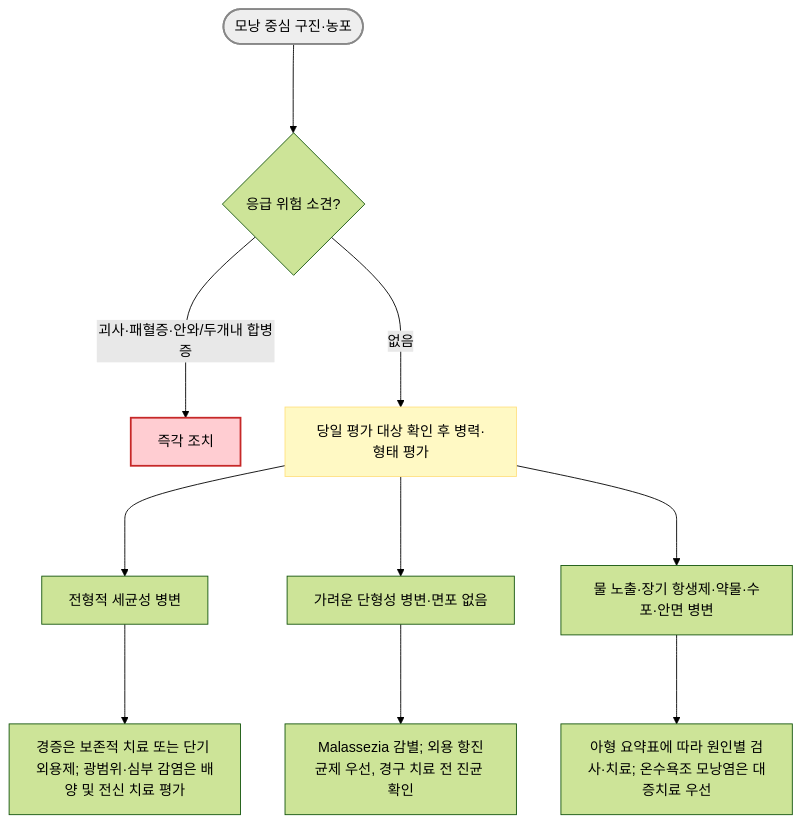
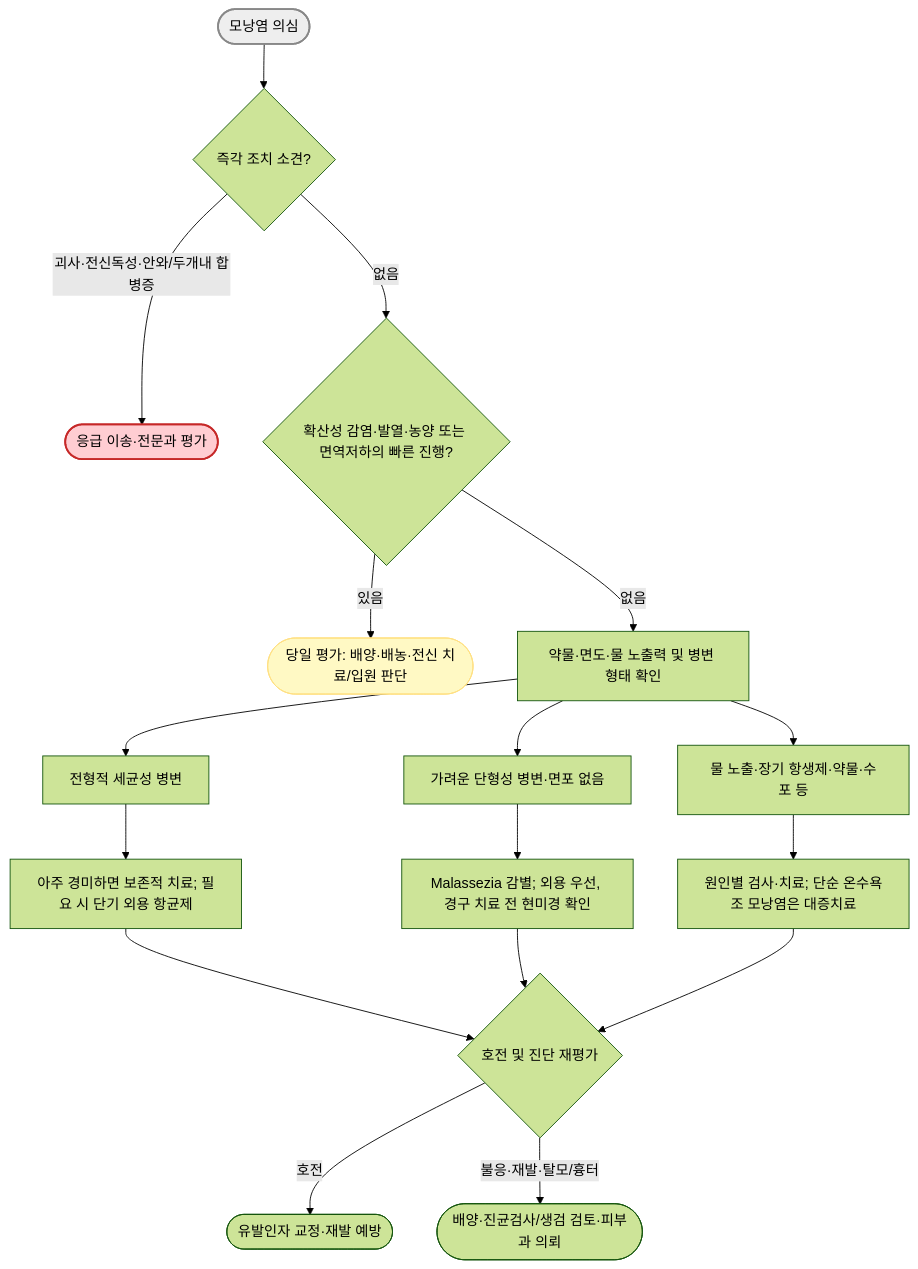
Before and after one commit to familyoh77/familyoh77: the diagram in 229_/167_-folliculitis.md, drawn with Mermaid (forest theme). The commit also changed other lines of this file and 20 other files, not shown here.

````diff
--- a/229_/167_-folliculitis.md
+++ b/229_/167_-folliculitis.md
@@ -131,15 +132,22 @@
 ```mermaid
-graph TD
-    Start(["모낭 중심 구진·농포"]) ---> Risk{"응급 위험 소견?"}
-    Risk --->|"괴사·패혈증·안와/두개내 합병증"| Urgent["즉각 조치"]
-    Risk --->|"없음"| Assess["당일 평가 대상 확인 후 병력·형태 평가"]
-    Assess ---> Bact["전형적 세균성 병변"]
-    Assess ---> Malz["가려운 단형성 병변·면포 없음"]
-    Assess ---> Special["물 노출·장기 항생제·약물·수포·안면 병변"]
-    Bact ---> BactTx["경증은 보존적 치료 또는 단기 외용제; 광범위·심부 감염은 배양 및 전신 치료 평가"]
-    Malz ---> MalzTx["Malassezia 감별; 외용 항진균제 우선, 경구 치료 전 진균 확인"]
-    Special ---> OtherTx["아형 요약표에 따라 원인별 검사·치료; 온수욕조 모낭염은 대증치료 우선"]
+flowchart TD
+    Start(["모낭염 의심"]) --> Risk{"즉각 조치 소견?"}
+    Risk -->|"괴사·전신독성·안와/두개내 합병증"| Urgent(["응급 이송·전문과 평가"])
+    Risk -->|"없음"| Severe{"확산성 감염·발열·농양 또는 면역저하의 빠른 진행?"}
+    Severe -->|"있음"| Same(["당일 평가: 배양·배농·전신 치료/입원 판단"])
+    Severe -->|"없음"| Assess["약물·면도·물 노출력 및 병변 형태 확인"]
+    Assess --> Bact["전형적 세균성 병변"]
+    Assess --> Malz["가려운 단형성 병변·면포 없음"]
+    Assess --> Special["물 노출·장기 항생제·약물·수포 등"]
+    Bact --> BactTx["아주 경미하면 보존적 치료; 필요 시 단기 외용 항균제"]
+    Malz --> MalzTx["Malassezia 감별; 외용 우선, 경구 치료 전 현미경 확인"]
+    Special --> OtherTx["원인별 검사·치료; 단순 온수욕조 모낭염은 대증치료"]
+    BactTx --> Review{"호전 및 진단 재평가"}
+    MalzTx --> Review
+    OtherTx --> Review
+    Review -->|"호전"| End(["유발인자 교정·재발 예방"])
+    Review -->|"불응·재발·탈모/흉터"| Refer(["배양·진균검사/생검 검토·피부과 의뢰"])
     style Start fill:#eeeeee,stroke:#888888,stroke-width:2px
     style Urgent fill:#ffcdd2,stroke:#c62828,stroke-width:2px
-    style Assess fill:#fff9c4,stroke:#ffe082
+    style Same fill:#fff9c4,stroke:#ffe082
 ```
````
